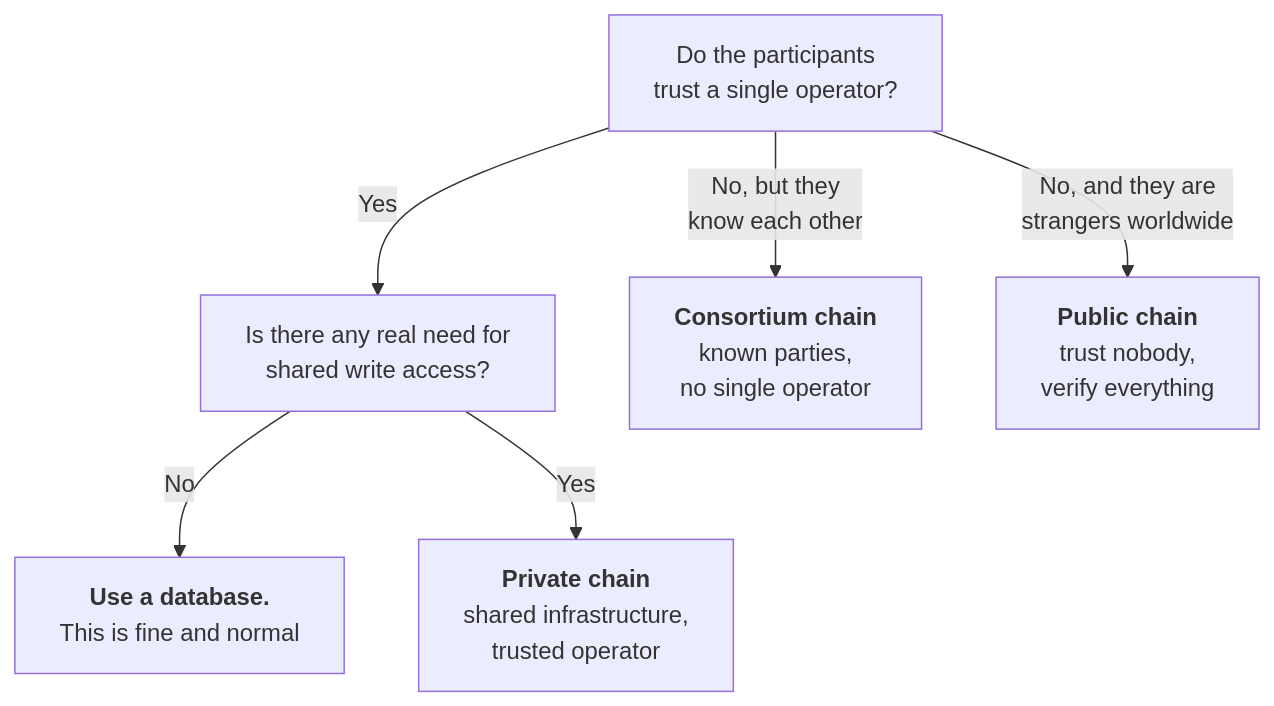
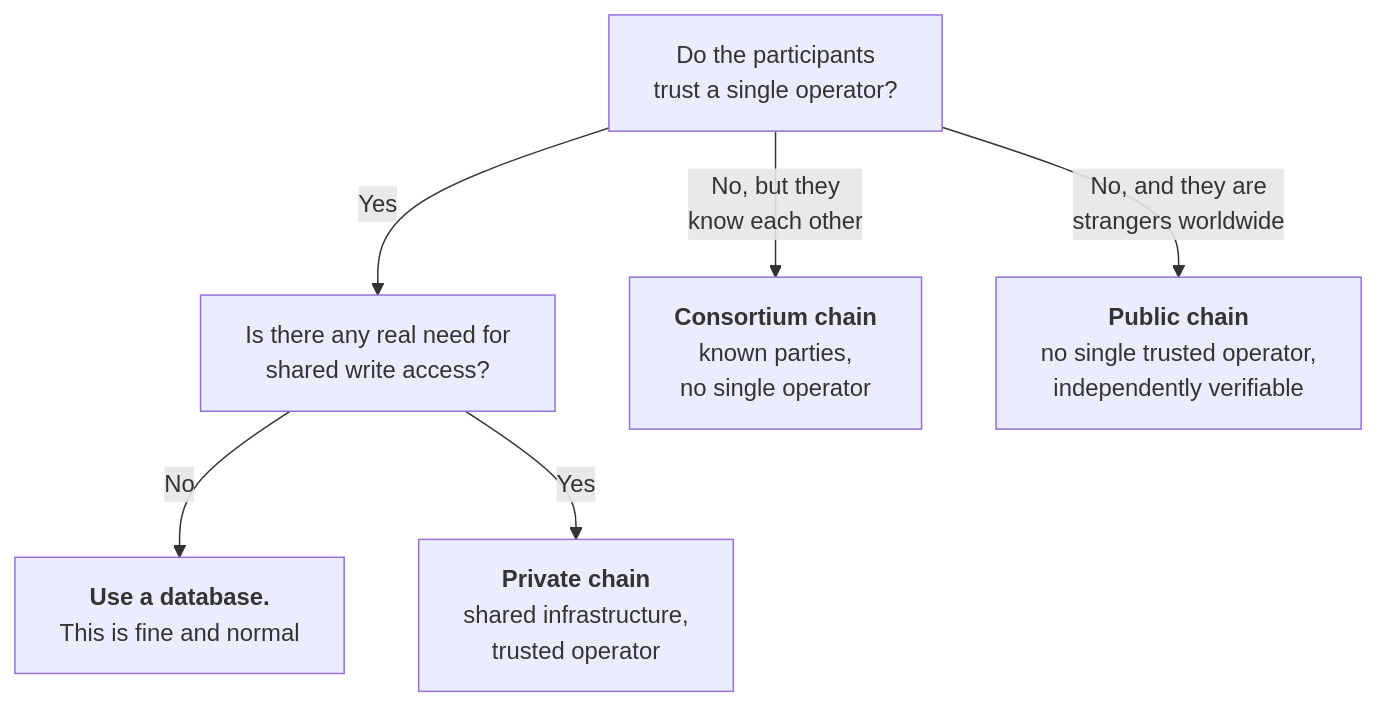
Before and after one commit to Blockchain-NTU-SG/academy-handbook: the diagram in docs/foundation/week-2/part-1-access-models.md, drawn with Mermaid. The commit also changed other lines of this file and 9 other files, not shown here.

````diff
--- a/docs/foundation/week-2/part-1-access-models.md
+++ b/docs/foundation/week-2/part-1-access-models.md
@@ -149,9 +149,9 @@
 ```mermaid
 flowchart TD
   A["Do the participants<br/>trust a single operator?"]
   A -->|Yes| B["Is there any real need for<br/>shared write access?"]
   B -->|No| DB["<b>Use a database.</b><br/>This is fine and normal"]
   B -->|Yes| PR["<b>Private chain</b><br/>shared infrastructure,<br/>trusted operator"]
   A -->|"No, but they<br/>know each other"| CO["<b>Consortium chain</b><br/>known parties,<br/>no single operator"]
-  A -->|"No, and they are<br/>strangers worldwide"| PU["<b>Public chain</b><br/>trust nobody,<br/>verify everything"]
+  A -->|"No, and they are<br/>strangers worldwide"| PU["<b>Public chain</b><br/>no single trusted operator,<br/>independently verifiable"]
 ```
````
